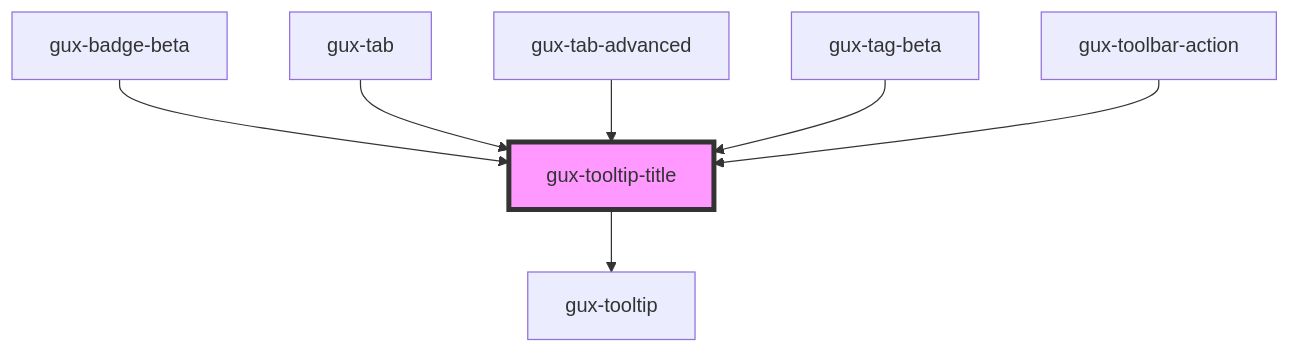
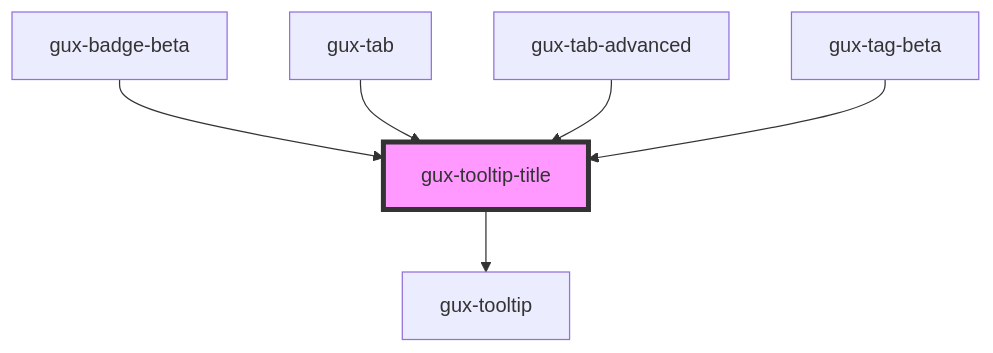
Before and after one commit to ouyuxuan/genesys-webcomponents: the diagram in src/components/stable/gux-tooltip-title/readme.md, drawn with Mermaid. The commit also changed other lines of this file and 5 other files, not shown here.

````diff
--- a/src/components/stable/gux-tooltip-title/readme.md
+++ b/src/components/stable/gux-tooltip-title/readme.md
@@ -46,10 +45,9 @@
 ```mermaid
 graph TD;
   gux-tooltip-title --> gux-tooltip
   gux-badge-beta --> gux-tooltip-title
   gux-tab --> gux-tooltip-title
   gux-tab-advanced --> gux-tooltip-title
   gux-tag-beta --> gux-tooltip-title
-  gux-toolbar-action --> gux-tooltip-title
   style gux-tooltip-title fill:#f9f,stroke:#333,stroke-width:4px
 ```
````
